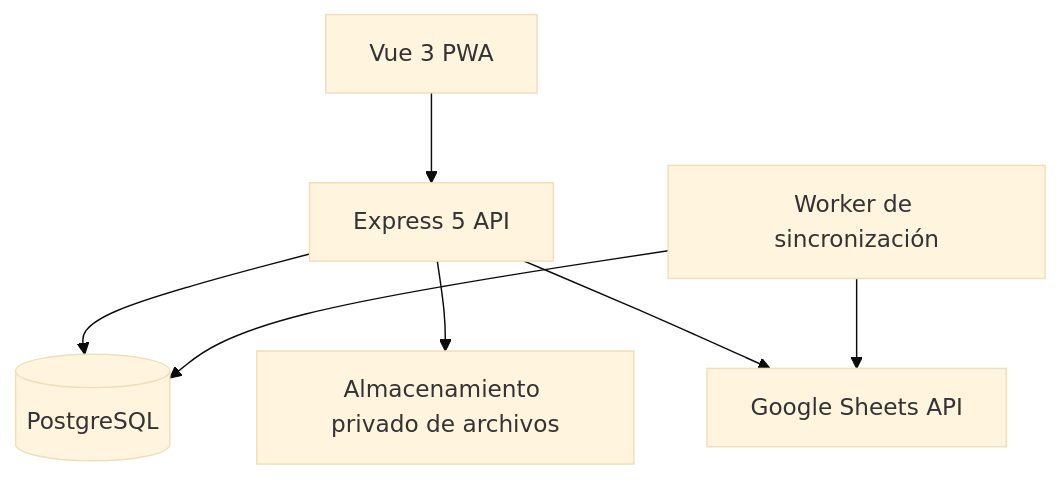
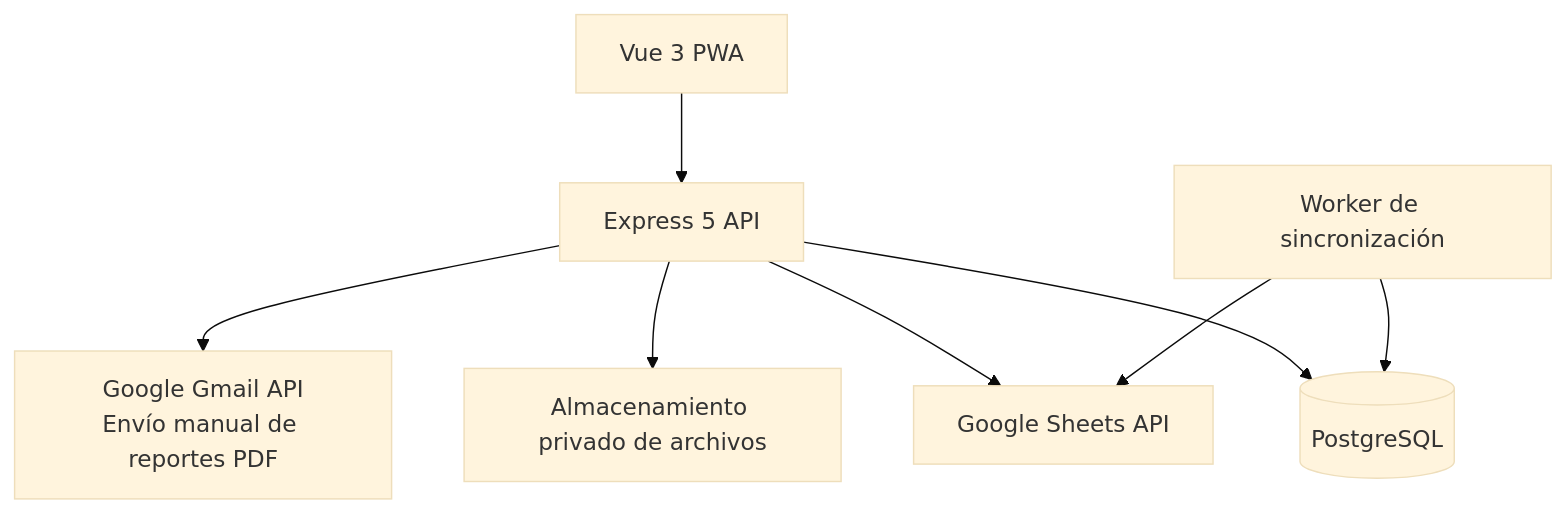
Before and after one commit to luistorres-idt/puk: the second of 2 diagrams in README.md, drawn with Mermaid (base theme). The commit also changed other lines of this file and 4 other files, not shown here.

Commit message:
docs: show Gmail in architecture diagrams

````diff
--- a/README.md
+++ b/README.md
@@ -80,9 +80,10 @@
 ```mermaid
 flowchart TD
     Web[Vue 3 PWA] --> API[Express 5 API]
     API --> DB[(PostgreSQL)]
     API --> Storage[Almacenamiento privado de archivos]
     API --> Sheets[Google Sheets API]
+    API --> Gmail[Google Gmail API<br/>Envío manual de reportes PDF]
     Worker[Worker de sincronización] --> DB
     Worker --> Sheets
 ```
````
